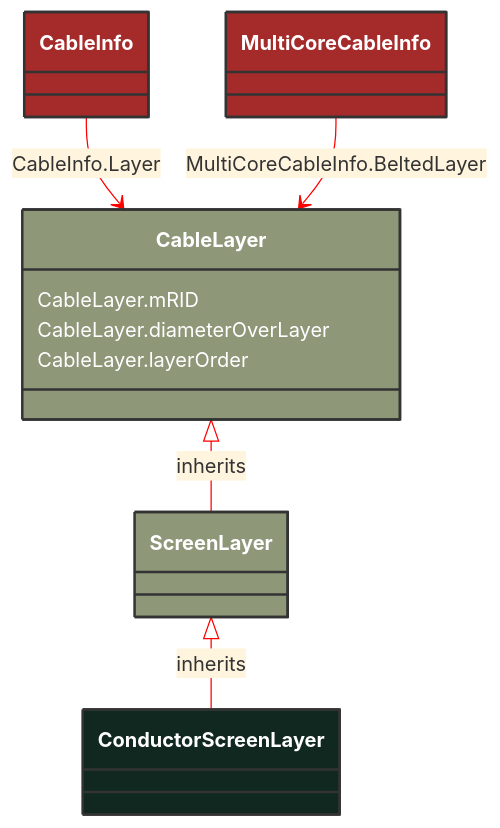
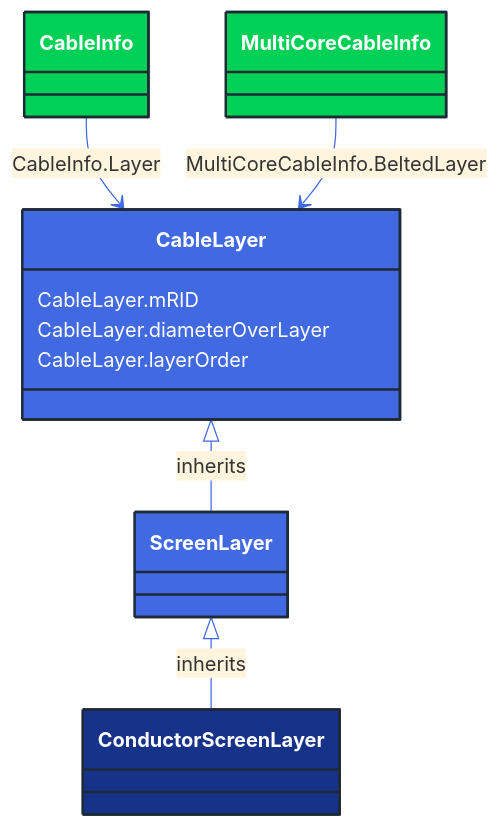
Before and after one commit to 3lbits/NoCIMExtensions: the diagram in docs/Models/Profiles/SubseaCableInfo/ConcreteClasses/ConductorScreenLayer.md, drawn with Mermaid. The commit also changed 362 other files, not shown here.

First line of the commit message:
Update diagrams and styles for improved visual consistency

````diff
--- a/docs/Models/Profiles/SubseaCableInfo/ConcreteClasses/ConductorScreenLayer.md
+++ b/docs/Models/Profiles/SubseaCableInfo/ConcreteClasses/ConductorScreenLayer.md
@@ -8,33 +8,33 @@
 ```mermaid
-%%{init: {'theme':'base','themeVariables': {'lineColor': '#FF0000'}}}%%
+%%{init: {'theme':'base','themeVariables': {'lineColor': '#4169E1'}}}%%
 classDiagram
     class ConductorScreenLayer
     click ConductorScreenLayer href "/Models/Profiles/SubseaCableInfo/ConcreteClasses/ConductorScreenLayer/"
-    style ConductorScreenLayer fill:#102820,stroke:#333,stroke-width:2px,rx:10,ry:10,color:white
+    style ConductorScreenLayer fill:#163289,stroke:#1F2A37,stroke-width:2px,rx:10,ry:10,color:white
      
         ScreenLayer <|-- ConductorScreenLayer : inherits
             click ScreenLayer href "/Models/Profiles/SubseaCableInfo/ConcreteClasses/ScreenLayer/"
-            style ScreenLayer fill:#8F9779,stroke:#333,stroke-width:2px,rx:10,ry:10,color:white
+            style ScreenLayer fill:#4169E1,stroke:#1F2A37,stroke-width:2px,rx:10,ry:10,color:white
      
         CableLayer <|-- ScreenLayer : inherits
             click CableLayer href "/Models/Profiles/SubseaCableInfo/AbstractClasses/CableLayer/"
-            style CableLayer fill:#8F9779,stroke:#333,stroke-width:2px,rx:10,ry:10,color:white
+            style CableLayer fill:#4169E1,stroke:#1F2A37,stroke-width:2px,rx:10,ry:10,color:white
 
 
         CableInfo --> CableLayer : CableInfo.Layer
 
         CableInfo
             click CableInfo href "/Models/Profiles/SubseaCableInfo/ConcreteClasses/CableInfo/"
-            style CableInfo fill:#A52A2A,stroke:#333,stroke-width:2px,rx:10,ry:10,color:white
+            style CableInfo fill:#00D156,stroke:#1F2A37,stroke-width:2px,rx:10,ry:10,color:white
 
         MultiCoreCableInfo --> CableLayer : MultiCoreCableInfo.BeltedLayer
 
         MultiCoreCableInfo
             click MultiCoreCableInfo href "/Models/Profiles/SubseaCableInfo/ConcreteClasses/MultiCoreCableInfo/"
-            style MultiCoreCableInfo fill:#A52A2A,stroke:#333,stroke-width:2px,rx:10,ry:10,color:white
+            style MultiCoreCableInfo fill:#00D156,stroke:#1F2A37,stroke-width:2px,rx:10,ry:10,color:white
 
 
         CableLayer : CableLayer.mRID
         CableLayer : CableLayer.diameterOverLayer
         CableLayer : CableLayer.layerOrder
 ```
````
